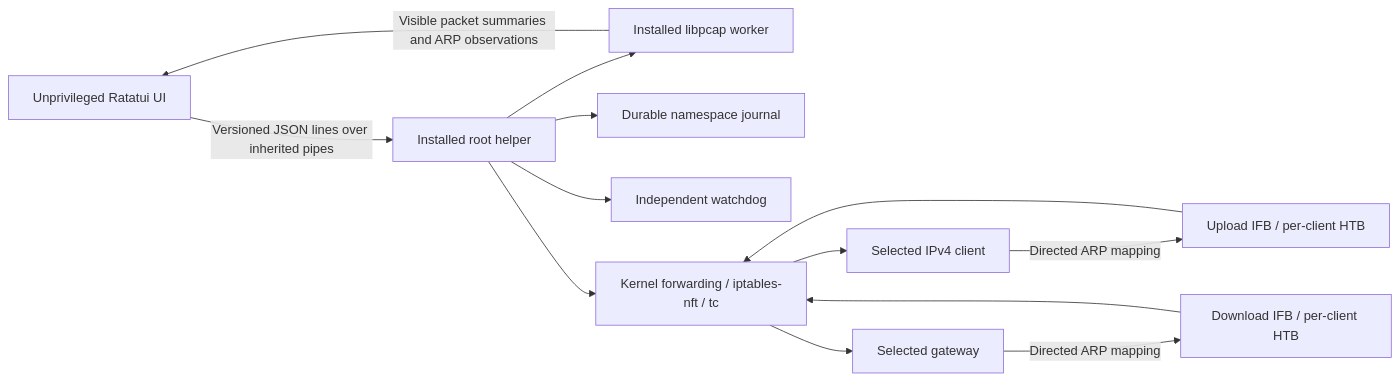
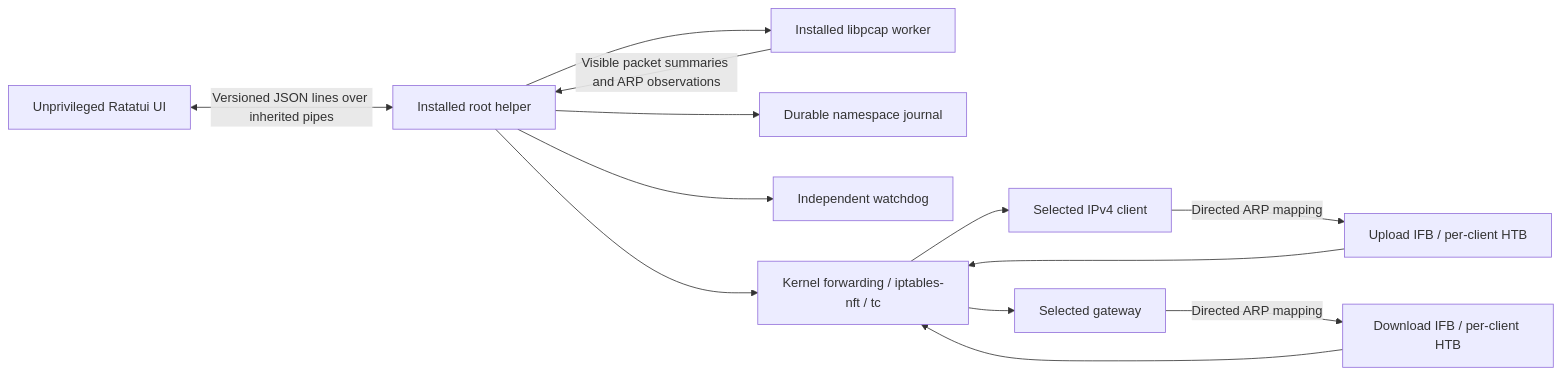
One commit to AssilBelhouen/NetCtrl changed the diagram in .agents/docs/architecture.md. Above: the diagram before and after it, drawn with Mermaid. The commit also changed other lines of this file and 12 other files, not shown here.

````diff
--- a/.agents/docs/architecture.md
+++ b/.agents/docs/architecture.md
@@ -3,15 +3,15 @@
 ```mermaid
 flowchart LR
-    UI[Unprivileged Ratatui UI] -->|Versioned JSON lines over inherited pipes| H[Installed root helper]
+    UI[Unprivileged Ratatui UI] <-->|Versioned JSON lines over inherited pipes| H[Installed root helper]
     H --> W[Installed libpcap worker]
-    W -->|Visible packet summaries and ARP observations| UI
+    W -->|Visible packet summaries and ARP observations| H
     H --> J[Durable namespace journal]
     H --> G[Independent watchdog]
     H --> K[Kernel forwarding / iptables-nft / tc]
     C[Selected IPv4 client] -->|Directed ARP mapping| U[Upload IFB / per-client HTB]
     U --> K
     R[Selected gateway] -->|Directed ARP mapping| D[Download IFB / per-client HTB]
     D --> K
     K --> C
     K --> R
 ```
````
